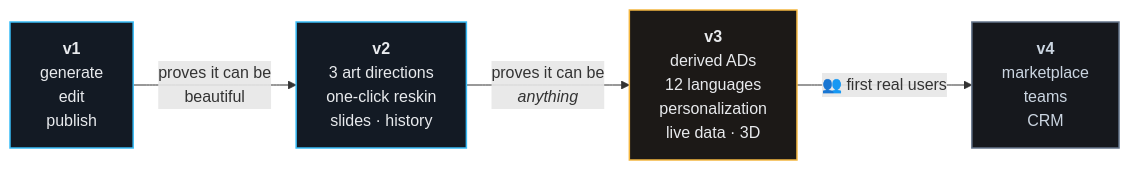
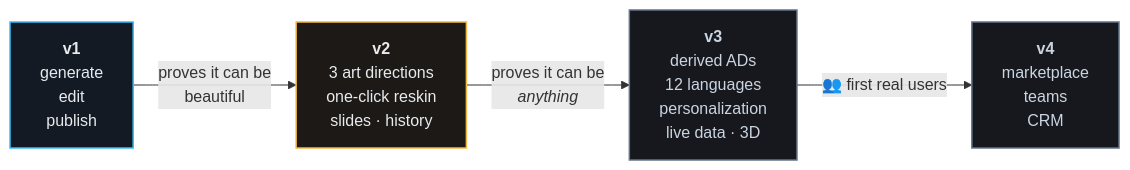
One commit to KirtanUgreja/d-design changed the fifth of 5 diagrams in README.md. Above: the diagram before and after it, drawn with Mermaid. The commit also changed other lines of this file and 6 other files, not shown here.

````diff
--- a/README.md
+++ b/README.md
@@ -393,18 +395,18 @@
 ```mermaid
 flowchart LR
     V1["<b>v1</b><br/>generate<br/>edit<br/>publish"]
     V2["<b>v2</b><br/>3 art directions<br/>one-click reskin<br/>slides · history"]
     V3["<b>v3</b><br/>derived ADs<br/>12 languages<br/>personalization<br/>live data · 3D"]
     V4["<b>v4</b><br/>marketplace<br/>teams<br/>CRM"]
 
     V1 -->|"proves it can be<br/>beautiful"| V2
     V2 -->|"proves it can be<br/><i>anything</i>"| V3
     V3 -->|"👥 first real users"| V4
 
     classDef done fill:#131A24,stroke:#38BDF8,stroke-width:1.5px,color:#E8EAED
     classDef next fill:#1C1917,stroke:#F4B740,stroke-width:1.5px,color:#E8EAED
     classDef far fill:#16181D,stroke:#64748B,stroke-width:1.5px,color:#CBD5E1
-    class V1,V2 done
-    class V3 next
-    class V4 far
+    class V1 done
+    class V2 next
+    class V3,V4 far
 ```
````
